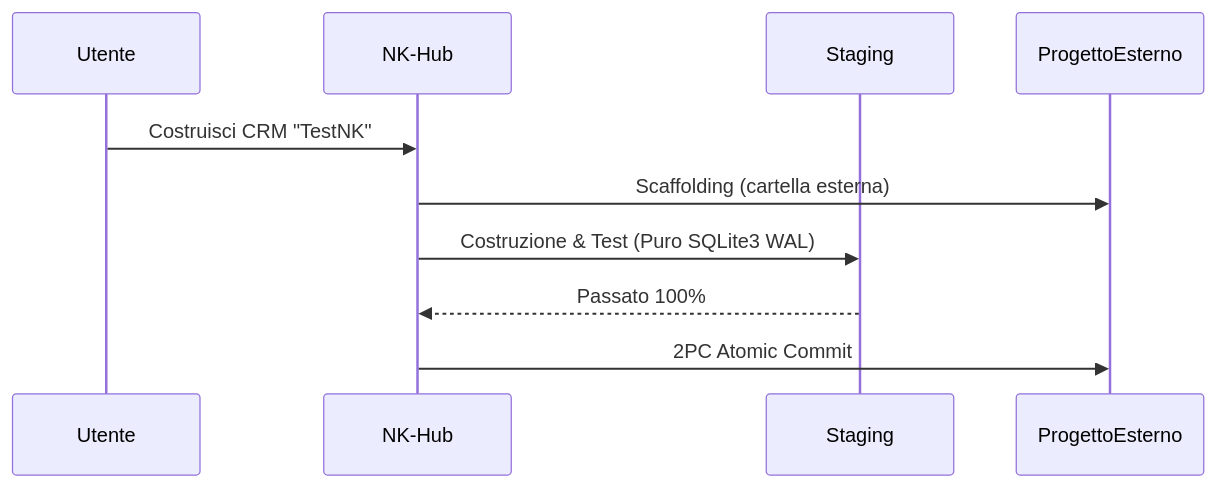
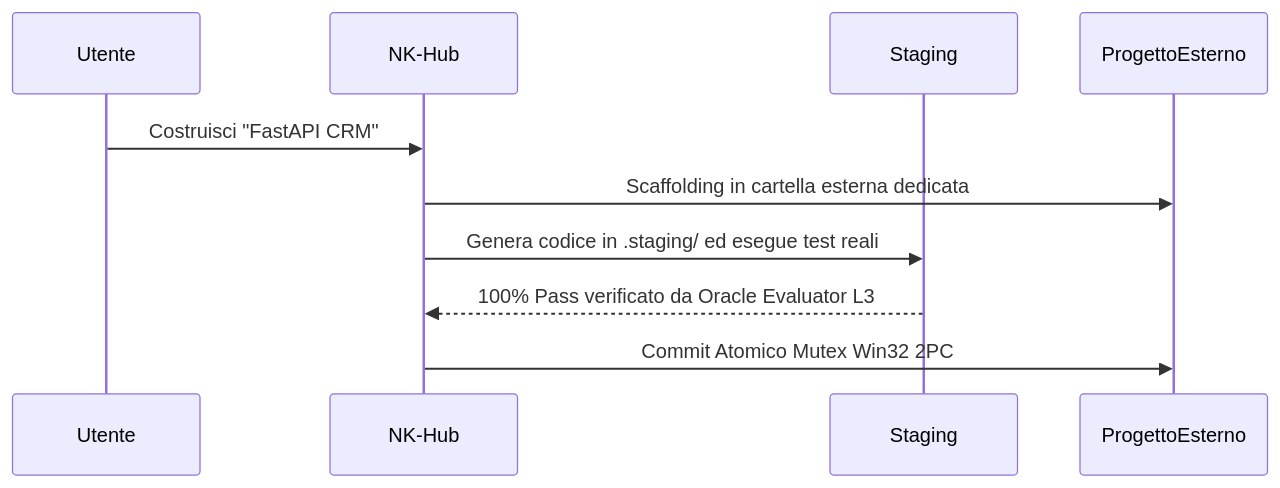
Before and after one commit to erbaldo86/NK-Hub: the second of 2 diagrams in README.it.md, drawn with Mermaid. The commit also changed other lines of this file and 7 other files, not shown here.

Commit message:
docs: release v2.5.2-Hardened 10/10 GitHub documentation parity, dead code cleansing & WAL auto-prune

````diff
--- a/README.it.md
+++ b/README.it.md
@@ -224,12 +253,12 @@
 ```mermaid
 sequenceDiagram
     participant Utente
     participant NK-Hub
     participant Staging
     participant ProgettoEsterno
-    Utente->>NK-Hub: Costruisci CRM "TestNK"
-    NK-Hub->>ProgettoEsterno: Scaffolding (cartella esterna)
-    NK-Hub->>Staging: Costruzione & Test (Puro SQLite3 WAL)
-    Staging-->>NK-Hub: Passato 100%
-    NK-Hub->>ProgettoEsterno: 2PC Atomic Commit
+    Utente->>NK-Hub: Costruisci "FastAPI CRM"
+    NK-Hub->>ProgettoEsterno: Scaffolding in cartella esterna dedicata
+    NK-Hub->>Staging: Genera codice in .staging/ ed esegue test reali
+    Staging-->>NK-Hub: 100% Pass verificato da Oracle Evaluator L3
+    NK-Hub->>ProgettoEsterno: Commit Atomico Mutex Win32 2PC
 ```
````
